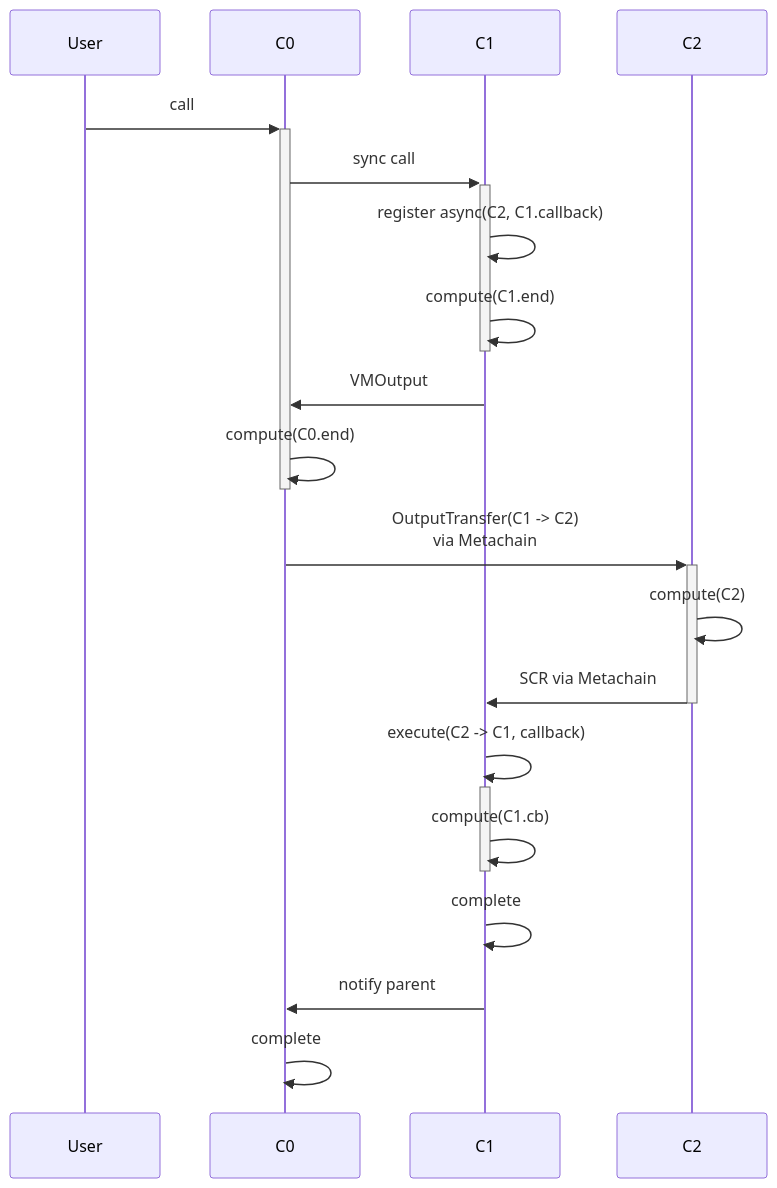
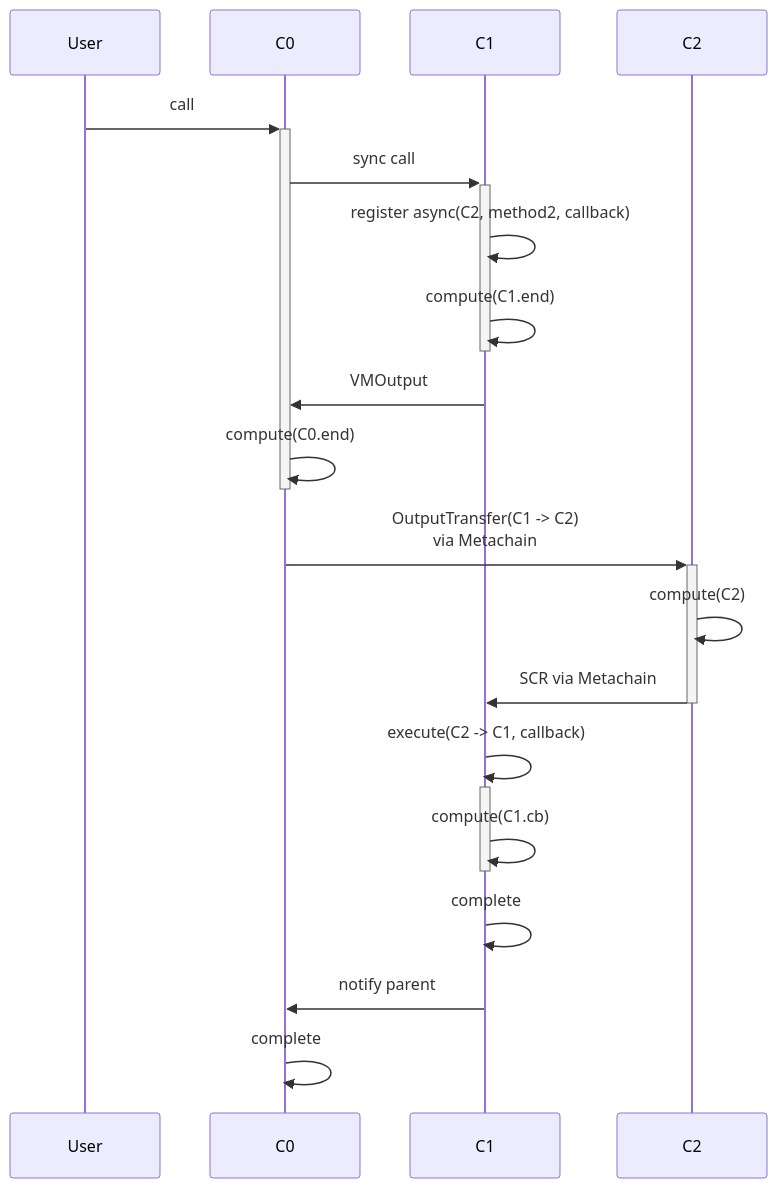
One commit to runtimeverification/multiversx-protocol-audit changed the diagram in async_call/docs/enum/s_a(c).md. Above: the diagram before and after it, drawn with Mermaid. The commit also changed other lines of this file and 20 other files, not shown here.

````diff
--- a/async_call/docs/enum/s_a(c).md
+++ b/async_call/docs/enum/s_a(c).md
@@ -35,22 +35,22 @@
 ```mermaid
 sequenceDiagram
   User ->>+ C0: call
   C0 ->>+ C1: sync call
-  C1 ->> C1: register async(C2, C1.callback)
+  C1 ->> C1: register async(C2, method2, callback)
   C1 ->>- C1: compute(C1.end)
   
   
   C1 ->> C0: VMOutput
   C0 ->>- C0: compute(C0.end)
 
 
   C0 ->>+ C2: OutputTransfer(C1 -> C2)<br/>via Metachain
   C2 ->> C2: compute(C2)
   C2 ->>- C1: SCR via Metachain
 
   C1 ->>+ C1: execute(C2 -> C1, callback)
   C1 ->>- C1: compute(C1.cb)
   C1 ->> C1: complete
   C1 ->> C0: notify parent
   C0 ->> C0: complete
 ```
````
